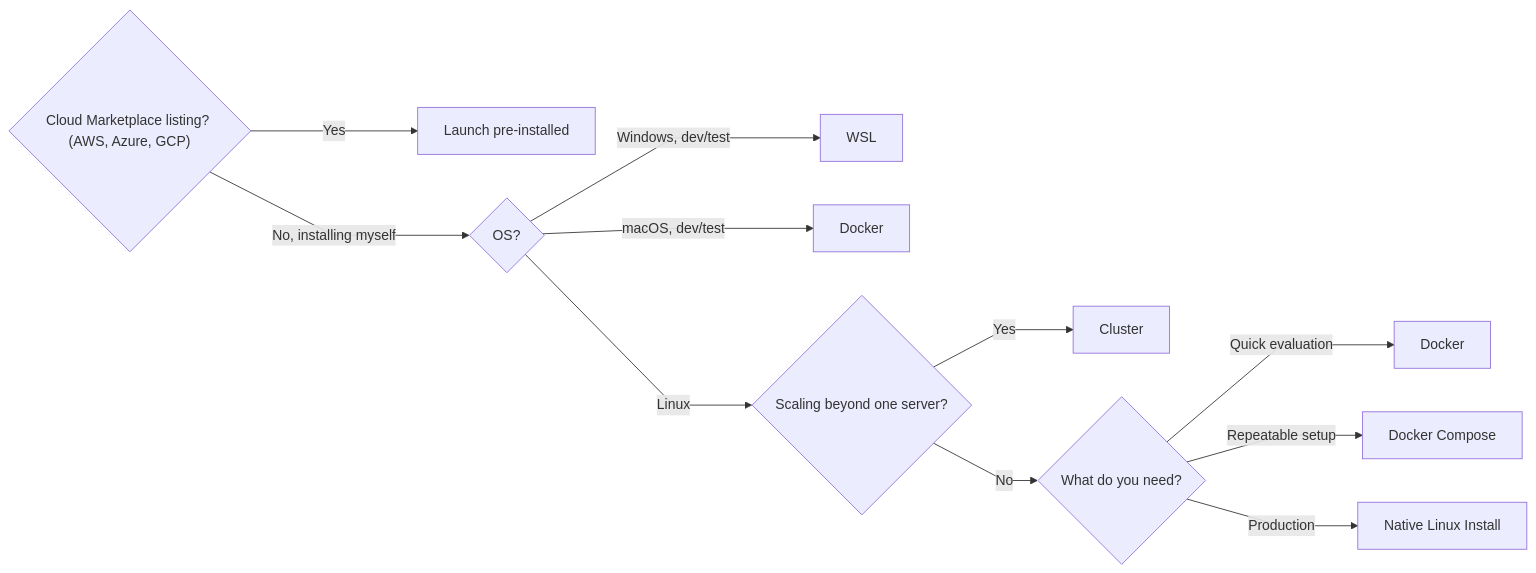
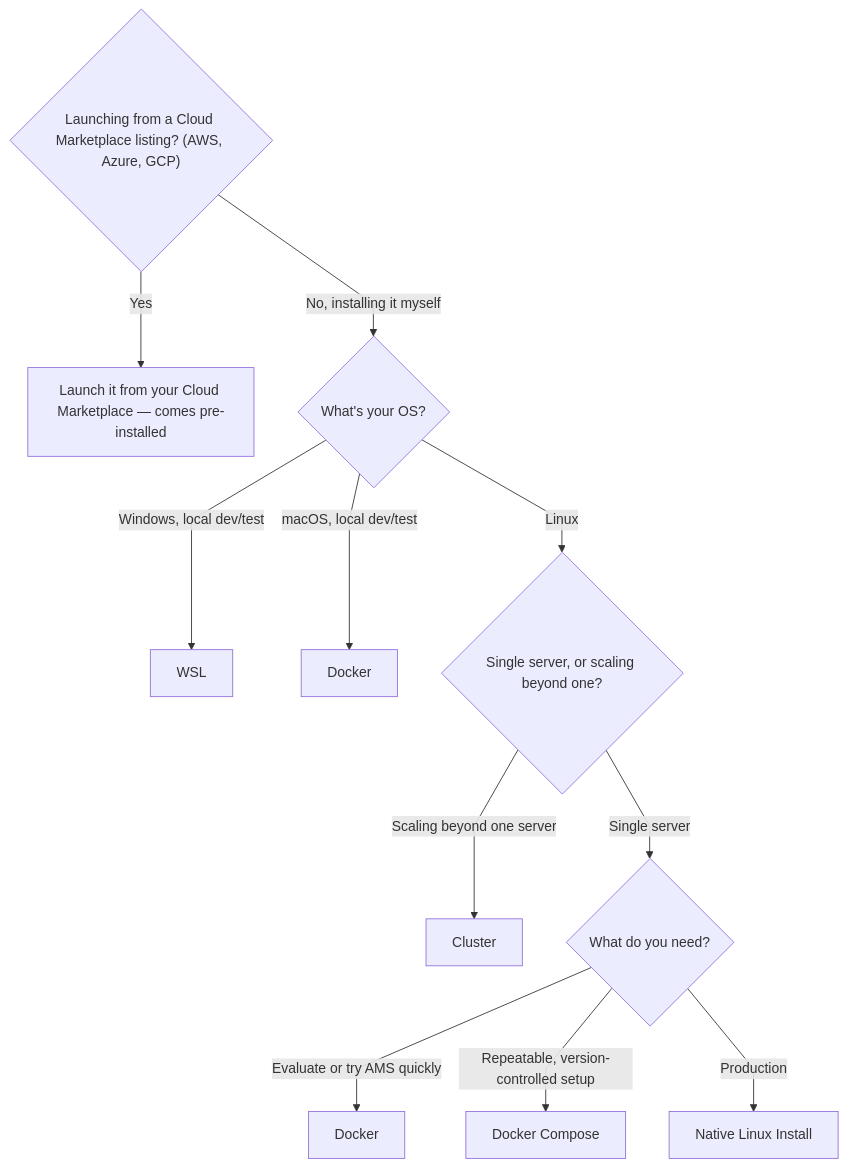
The diagram in docs/guides/installing-on-linux/which-installation-method-should-i-use.md (ant-media/ant-media-documentation), drawn with Mermaid before and after one commit.

Commit message:
Revert Installation flowchart to original TD layout, keep straight lines only
Went too far on the earlier readability pass -- reverting to the
original top-down layout with full labels, keeping just the
curve:linear directive that was actually asked for.

````diff
--- a/docs/guides/installing-on-linux/which-installation-method-should-i-use.md
+++ b/docs/guides/installing-on-linux/which-installation-method-should-i-use.md
@@ -12,15 +12,15 @@
 ```mermaid
 %%{init: {'flowchart': {'curve': 'linear'}}}%%
-flowchart LR
-    A{"Cloud Marketplace listing? (AWS, Azure, GCP)"}
-    A -->|"Yes"| CM["Launch pre-installed"]
-    A -->|"No, installing myself"| B{"OS?"}
-    B -->|"Windows, dev/test"| WSL["WSL"]
-    B -->|"macOS, dev/test"| DOCKERMAC["Docker"]
-    B -->|"Linux"| C{"Scaling beyond one server?"}
-    C -->|"Yes"| CLUSTER["Cluster"]
-    C -->|"No"| D{"What do you need?"}
-    D -->|"Quick evaluation"| DOCKER["Docker"]
-    D -->|"Repeatable setup"| COMPOSE["Docker Compose"]
+flowchart TD
+    A{"Launching from a Cloud Marketplace listing? (AWS, Azure, GCP)"}
+    A -->|"Yes"| CM["Launch it from your Cloud Marketplace — comes pre-installed"]
+    A -->|"No, installing it myself"| B{"What's your OS?"}
+    B -->|"Windows, local dev/test"| WSL["WSL"]
+    B -->|"macOS, local dev/test"| DOCKERMAC["Docker"]
+    B -->|"Linux"| C{"Single server, or scaling beyond one?"}
+    C -->|"Scaling beyond one server"| CLUSTER["Cluster"]
+    C -->|"Single server"| D{"What do you need?"}
+    D -->|"Evaluate or try AMS quickly"| DOCKER["Docker"]
+    D -->|"Repeatable, version-controlled setup"| COMPOSE["Docker Compose"]
     D -->|"Production"| NATIVE["Native Linux Install"]
 ```
````
